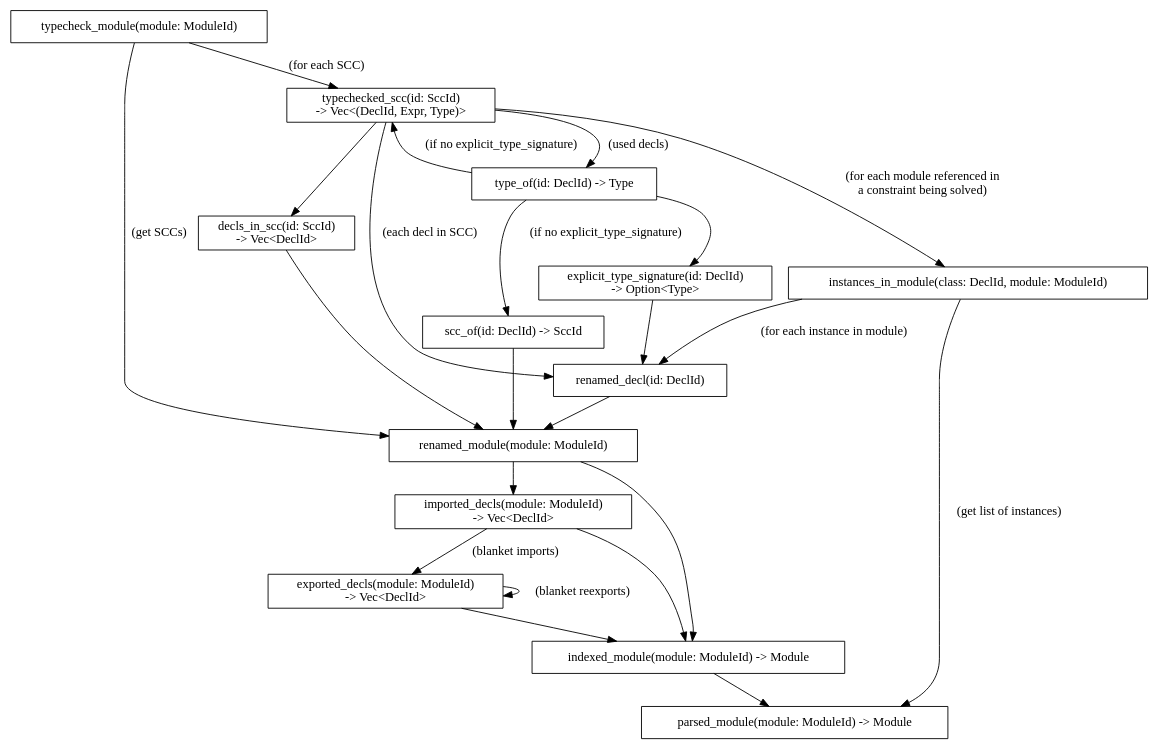
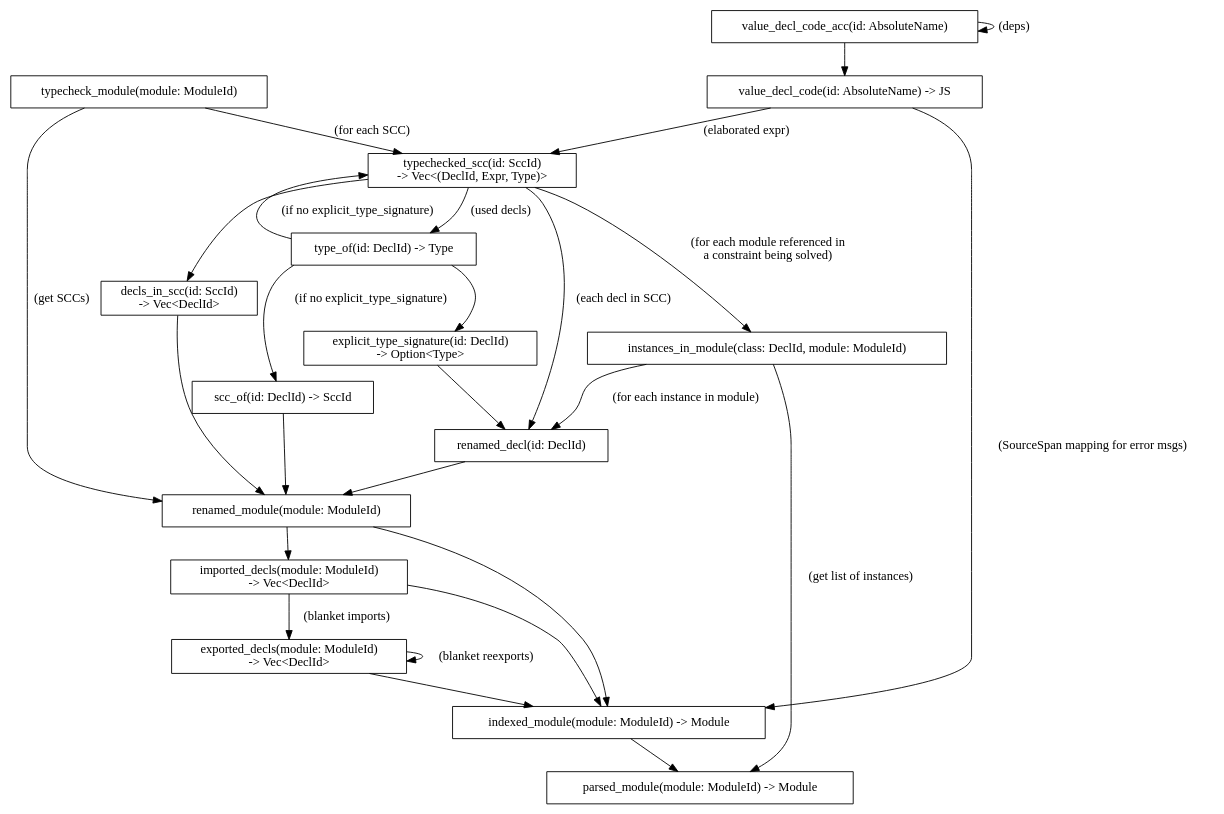
The diagram in docs/queries.dot (zyla/purs-oxide), drawn with Graphviz before and after one commit. The commit also changed 2 other files, not shown here.

```diff
--- a/docs/queries.dot
+++ b/docs/queries.dot
@@ -1,52 +1,60 @@
 digraph {
   rankdir=UD
   node [shape=box]
+
+  value_decl_code [label="value_decl_code(id: AbsoluteName) -> JS"]
+  value_decl_code -> typechecked_scc [label="(elaborated expr)"]
+  value_decl_code -> indexed_module [label="(SourceSpan mapping for error msgs)"]
+
+  value_decl_code_acc [label="value_decl_code_acc(id: AbsoluteName)"]
+  value_decl_code_acc -> value_decl_code
+  value_decl_code_acc -> value_decl_code_acc [label="(deps)"]
 
   typecheck_module [label="typecheck_module(module: ModuleId)"]
   typecheck_module -> renamed_module [label="(get SCCs)"]
   typecheck_module -> typechecked_scc [label="(for each SCC)"]
 
   type_of [label="type_of(id: DeclId) -> Type"]
   type_of -> scc_of [label="(if no explicit_type_signature)"]
   type_of -> typechecked_scc [label="(if no explicit_type_signature)"]
   type_of -> explicit_type_signature
 
   scc_of [label="scc_of(id: DeclId) -> SccId"]
   scc_of -> renamed_module
 
   decls_in_scc [label="decls_in_scc(id: SccId)\n -> Vec<DeclId>"]
   decls_in_scc -> renamed_module
 
   typechecked_scc [label="typechecked_scc(id: SccId)\n -> Vec<(DeclId, Expr, Type)>"]
   typechecked_scc -> decls_in_scc
   typechecked_scc -> renamed_decl [label="(each decl in SCC)"]
   typechecked_scc -> type_of [label="(used decls)"]
   typechecked_scc -> instances_in_module [label="(for each module referenced in\n a constraint being solved)"]
 
   instances_in_module [label="instances_in_module(class: DeclId, module: ModuleId)"]
   instances_in_module -> renamed_decl [label="(for each instance in module)"]
   instances_in_module -> parsed_module [label=" (get list of instances)"]
 
   explicit_type_signature [label="explicit_type_signature(id: DeclId)\n-> Option<Type>"]
   explicit_type_signature -> renamed_decl
 
   renamed_decl [label="renamed_decl(id: DeclId)"]
   renamed_decl -> renamed_module
 
   renamed_module [label="renamed_module(module: ModuleId)"]
   renamed_module -> indexed_module
   renamed_module -> imported_decls
 
   indexed_module [label="indexed_module(module: ModuleId) -> Module"]
   indexed_module -> parsed_module
 
   imported_decls [label="imported_decls(module: ModuleId)\n-> Vec<DeclId>"]
   imported_decls -> indexed_module
   imported_decls -> exported_decls [label=" (blanket imports)"]
 
   exported_decls [label="exported_decls(module: ModuleId)\n -> Vec<DeclId>"]
   exported_decls -> indexed_module
   exported_decls -> exported_decls [label=" (blanket reexports)"]
   
   parsed_module [label="parsed_module(module: ModuleId) -> Module"]
 }
```
